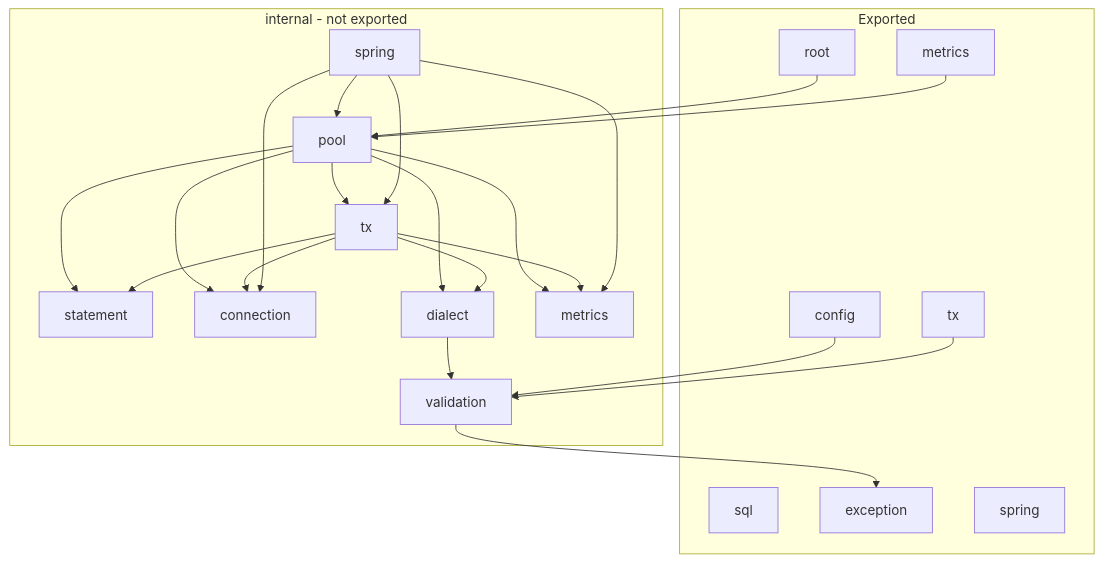
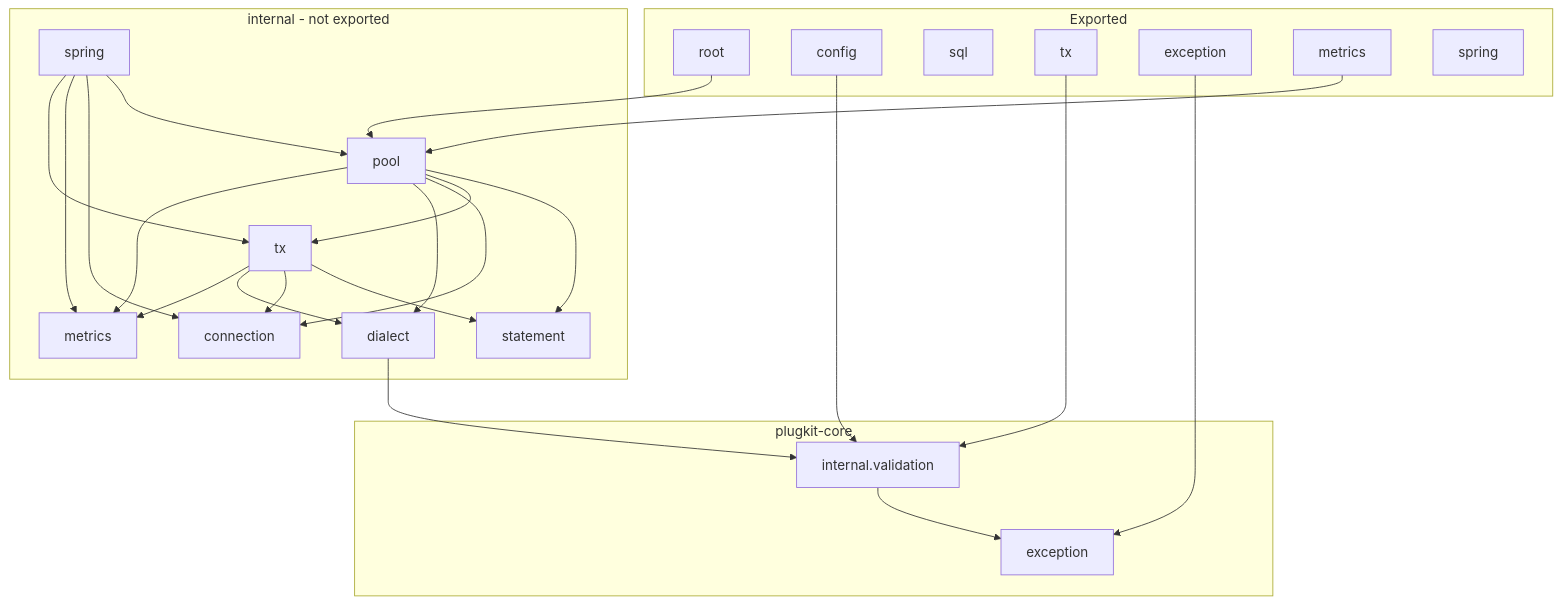
One commit to varnit-ta/plugkit-util changed the second of 5 diagrams in plugkit-db/docs/adr/0001-architecture-and-structure.md. Above: the diagram before and after it, drawn with Mermaid. The commit also changed other lines of this file and 76 other files, not shown here.

First line of the commit message:
refactor: extract plugkit-core and tidy naming and structure

````diff
--- a/plugkit-db/docs/adr/0001-architecture-and-structure.md
+++ b/plugkit-db/docs/adr/0001-architecture-and-structure.md
@@ -209,41 +226,45 @@
 ```mermaid
 flowchart TD
     subgraph public[Exported]
         root[root]
         config
         sql
         tx
         exception
         metrics
         spring
     end
     subgraph internal[internal - not exported]
         pool
         statement
         itx[tx]
         connection
         dialect
         imetrics[metrics]
         ispring[spring]
-        validation
+    end
+    subgraph core[plugkit-core]
+        validation[internal.validation]
+        cexception[exception]
     end
     root --> pool
     metrics --> pool
     pool --> statement
     pool --> itx
     pool --> connection
     pool --> dialect
     pool --> imetrics
     itx --> statement
     itx --> connection
     itx --> dialect
     itx --> imetrics
     ispring --> pool
     ispring --> connection
     ispring --> imetrics
     ispring --> itx
     config --> validation
     tx --> validation
     dialect --> validation
-    validation --> exception
+    validation --> cexception
+    exception --> cexception
 ```
````
